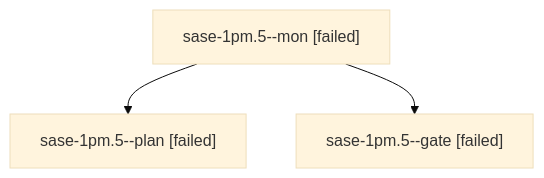
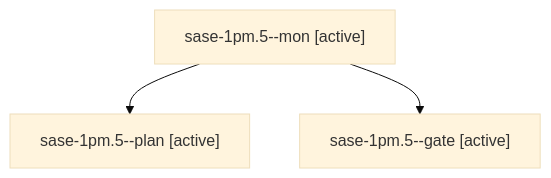
The diagram in sessions/bbugyi200.athena.sase-1pm.5.md (sase-org/sase--agents), drawn with Mermaid (base theme) before and after one commit. The commit also changed other lines of this file and 115 other files, not shown here.

````diff
--- a/sessions/bbugyi200.athena.sase-1pm.5.md
+++ b/sessions/bbugyi200.athena.sase-1pm.5.md
@@ -9,8 +9,8 @@
 ```mermaid
 flowchart TD
-  n0["sase-1pm.5--mon [failed]"]
-  n1["sase-1pm.5--plan [failed]"]
+  n0["sase-1pm.5--mon [active]"]
+  n1["sase-1pm.5--plan [active]"]
   n0 --> n1
-  n2["sase-1pm.5--gate [failed]"]
+  n2["sase-1pm.5--gate [active]"]
   n0 --> n2
 ```
````
